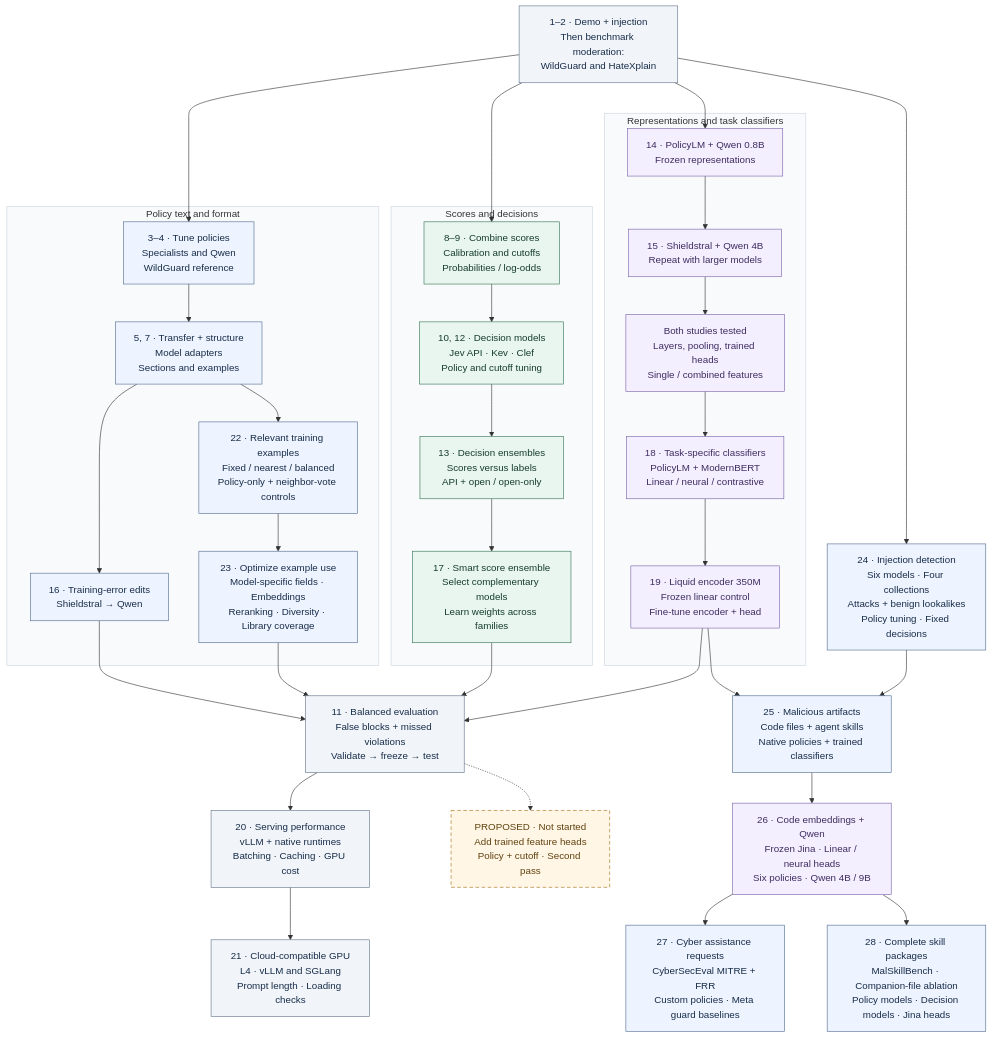
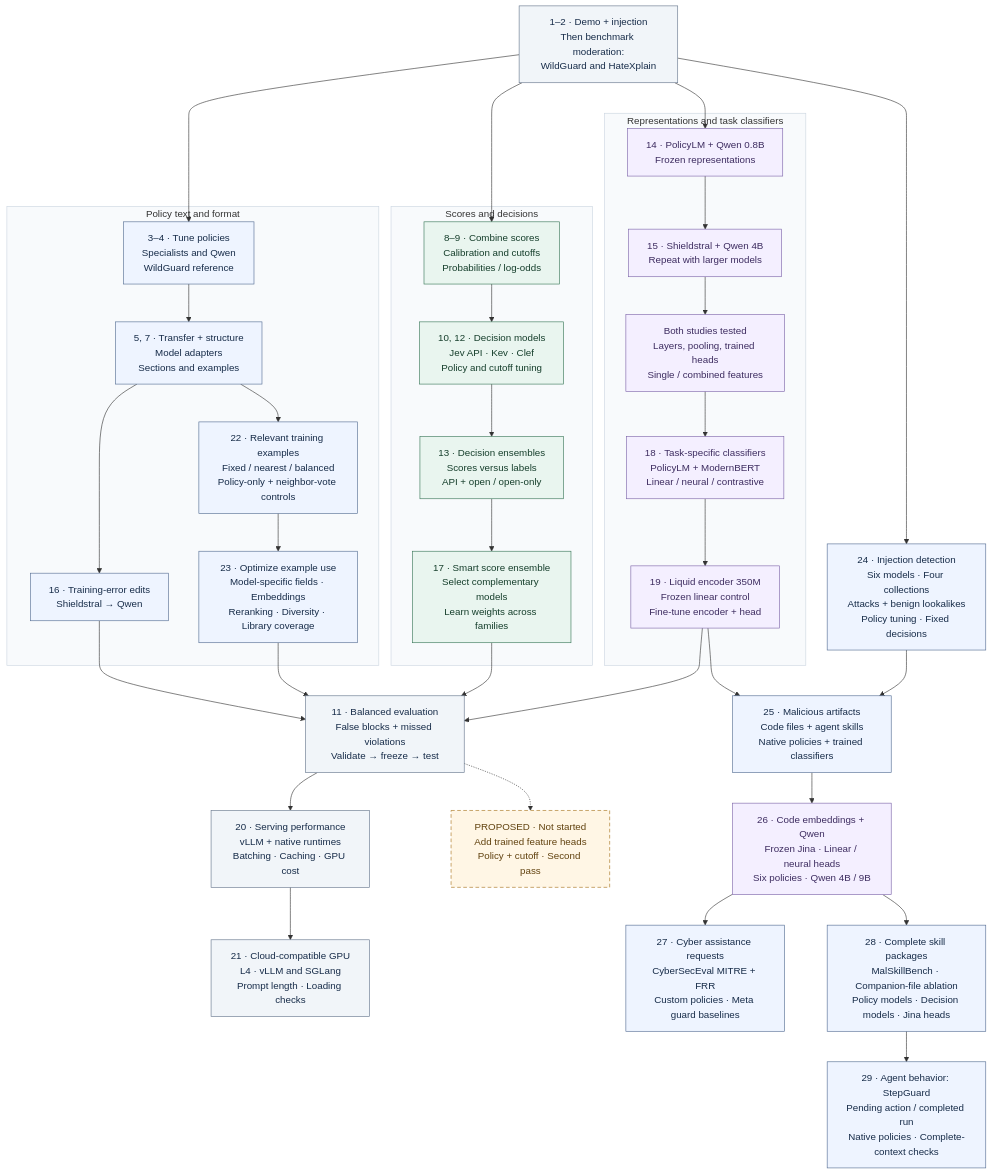
One commit to harshsinghal/safeguard-eval changed the diagram in README.md. Above: the diagram before and after it, drawn with Mermaid. The commit also changed other lines of this file and 67 other files, not shown here.

Commit message:
Publish StepGuard agent-behavior results and reproducibility bundle

````diff
--- a/README.md
+++ b/README.md
@@ -27,66 +29,67 @@
 ```mermaid
 flowchart TB
     START["1–2 · Demo + injection<br/>Then benchmark moderation:<br/>WildGuard and HateXplain"]
 
     subgraph POLICY["Policy text and format"]
         P1["3–4 · Tune policies<br/>Specialists and Qwen<br/>WildGuard reference"]
         P2["5, 7 · Transfer + structure<br/>Model adapters<br/>Sections and examples"]
         P3["16 · Training-error edits<br/>Shieldstral → Qwen"]
         P4["22 · Relevant training examples<br/>Fixed / nearest / balanced<br/>Policy-only + neighbor-vote controls"]
         P5["23 · Optimize example use<br/>Model-specific fields · Embeddings<br/>Reranking · Diversity · Library coverage"]
         P1 --> P2 --> P3
         P2 --> P4 --> P5
     end
 
     subgraph SCORES["Scores and decisions"]
         S1["8–9 · Combine scores<br/>Calibration and cutoffs<br/>Probabilities / log-odds"]
         S2["10, 12 · Decision models<br/>Jev API · Kev · Clef<br/>Policy and cutoff tuning"]
         S3["13 · Decision ensembles<br/>Scores versus labels<br/>API + open / open-only"]
         S4["17 · Smart score ensemble<br/>Select complementary models<br/>Learn weights across families"]
         S1 --> S2 --> S3 --> S4
     end
 
     subgraph FEATURES["Representations and task classifiers"]
         F1["14 · PolicyLM + Qwen 0.8B<br/>Frozen representations"]
         F2["15 · Shieldstral + Qwen 4B<br/>Repeat with larger models"]
         F3["Both studies tested<br/>Layers, pooling, trained heads<br/>Single / combined features"]
         F4["18 · Task-specific classifiers<br/>PolicyLM + ModernBERT<br/>Linear / neural / contrastive"]
         F5["19 · Liquid encoder 350M<br/>Frozen linear control<br/>Fine-tune encoder + head"]
         F1 --> F2 --> F3 --> F4 --> F5
     end
 
     START --> P1
     START --> S1
     START --> F1
     P3 --> EVIDENCE
     P5 --> EVIDENCE
     S4 --> EVIDENCE
     F5 --> EVIDENCE
     EVIDENCE["11 · Balanced evaluation<br/>False blocks + missed violations<br/>Validate → freeze → test"]
     EVIDENCE --> SERVING["20 · Serving performance<br/>vLLM + native runtimes<br/>Batching · Caching · GPU cost"]
     SERVING --> CLOUD["21 · Cloud-compatible GPU<br/>L4 · vLLM and SGLang<br/>Prompt length · Loading checks"]
     EVIDENCE -.-> NEXT["PROPOSED · Not started<br/>Add trained feature heads<br/>Policy + cutoff · Second pass"]
 
     START --> INJECTION["24 · Injection detection<br/>Six models · Four collections<br/>Attacks + benign lookalikes<br/>Policy tuning · Fixed decisions"]
 
     INJECTION --> ARTIFACTS["25 · Malicious artifacts<br/>Code files + agent skills<br/>Native policies + trained classifiers"]
     F5 --> ARTIFACTS
     ARTIFACTS --> ARTREP["26 · Code embeddings + Qwen<br/>Frozen Jina · Linear / neural heads<br/>Six policies · Qwen 4B / 9B"]
     ARTREP --> CYBER["27 · Cyber assistance requests<br/>CyberSecEval MITRE + FRR<br/>Custom policies · Meta guard baselines"]
     ARTREP --> SKILLS["28 · Complete skill packages<br/>MalSkillBench · Companion-file ablation<br/>Policy models · Decision models · Jina heads"]
+    SKILLS --> AGENT["29 · Agent behavior: StepGuard<br/>Pending action / completed run<br/>Native policies · Complete-context checks"]
 
     classDef neutral fill:#f1f5f9,stroke:#64748b,color:#172c49;
     classDef policy fill:#eef4ff,stroke:#526b91,color:#172c49;
     classDef scores fill:#e9f5ef,stroke:#367556,color:#153e2b;
     classDef features fill:#f4efff,stroke:#7b63a8,color:#3d2c60;
     classDef proposed fill:#fff6e5,stroke:#a36e16,color:#61420f,stroke-dasharray:6 4;
     class START,EVIDENCE,SERVING,CLOUD neutral;
     class P1,P2,P3,P4,P5 policy;
     class S1,S2,S3,S4 scores;
     class F1,F2,F3,F4,F5,ARTREP features;
     class NEXT proposed;
-    class INJECTION,ARTIFACTS,CYBER,SKILLS policy;
+    class INJECTION,ARTIFACTS,CYBER,SKILLS,AGENT policy;
     style POLICY fill:#f8fafc,stroke:#cbd5e1
     style SCORES fill:#f8fafc,stroke:#cbd5e1
     style FEATURES fill:#f8fafc,stroke:#cbd5e1
 ```
````
